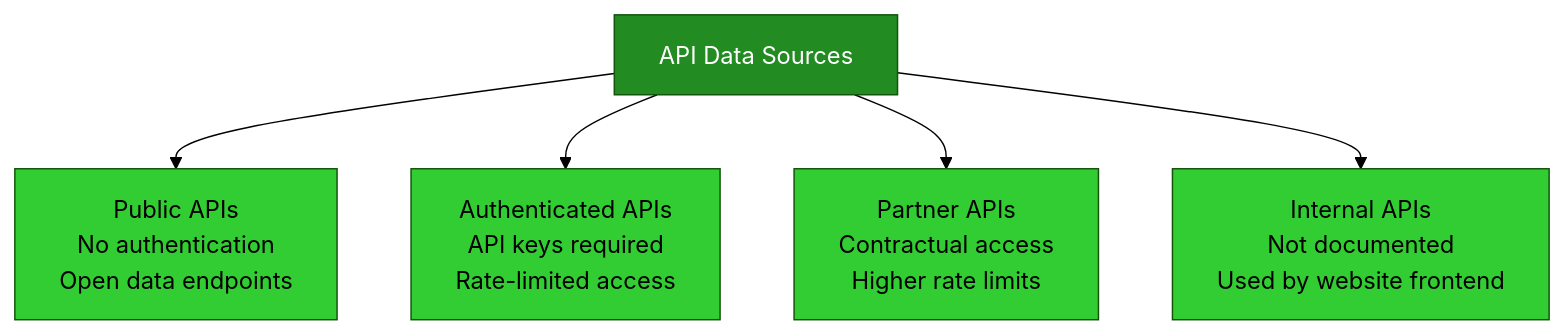
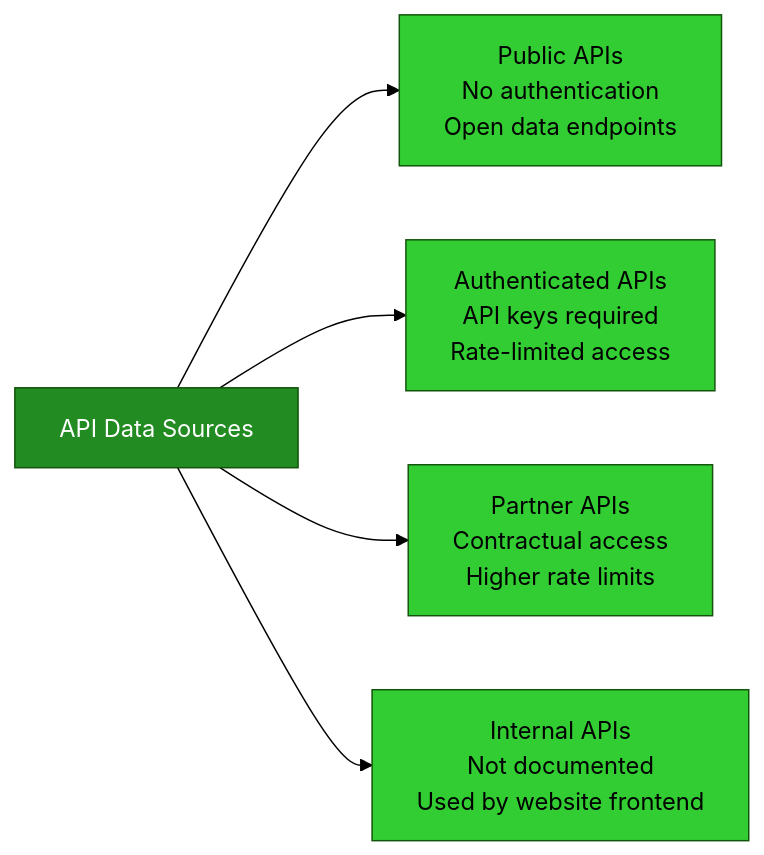
The third of 6 diagrams in _posts/2026-02-04-types-of-web-databases-surface-web-deep-web-apis.md (bytetunnels/bytetunnels.github.com), drawn with Mermaid (forest theme) before and after one commit. The commit also changed other lines of this file and 118 other files, not shown here.

Commit message:
feat: improve diagram styling and compact wide flowcharts

````diff
--- a/_posts/2026-02-04-types-of-web-databases-surface-web-deep-web-apis.md
+++ b/_posts/2026-02-04-types-of-web-databases-surface-web-deep-web-apis.md
@@ -120,13 +120,13 @@
 ```mermaid
-graph TD
-    A["API Data Sources"] --> B["Public APIs<br>No authentication<br>Open data endpoints"]
-    A --> C["Authenticated APIs<br>API keys required<br>Rate-limited access"]
-    A --> D["Partner APIs<br>Contractual access<br>Higher rate limits"]
-    A --> E["Internal APIs<br>Not documented<br>Used by website frontend"]
+graph LR
+    A["API Data Sources"] --> B["Public APIs<br/>No authentication<br/>Open data endpoints"]
+    A --> C["Authenticated APIs<br/>API keys required<br/>Rate-limited access"]
+    A --> D["Partner APIs<br/>Contractual access<br/>Higher rate limits"]
+    A --> E["Internal APIs<br/>Not documented<br/>Used by website frontend"]
 
     style A fill:#228B22,color:#fff
     style B fill:#32CD32,color:#000
     style C fill:#32CD32,color:#000
     style D fill:#32CD32,color:#000
     style E fill:#32CD32,color:#000
 ```
````
